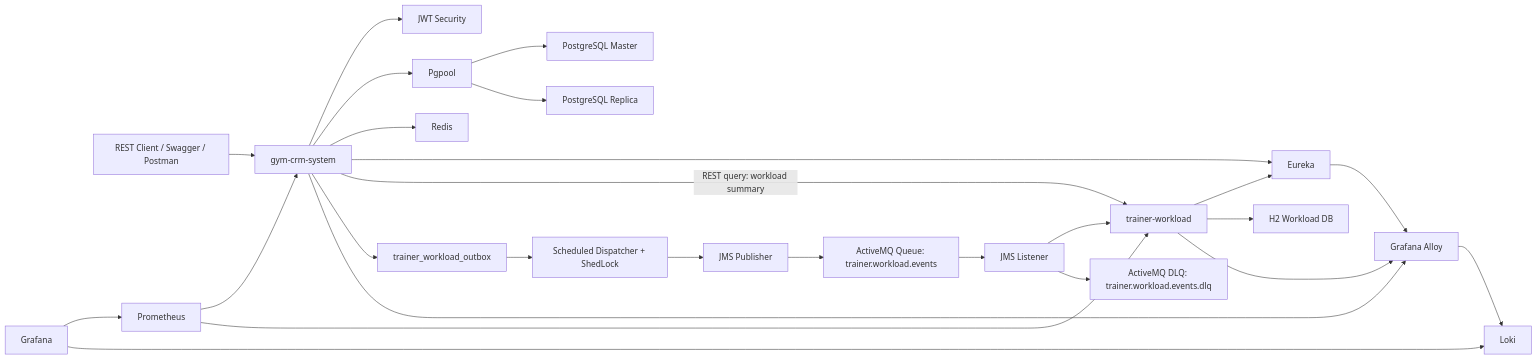
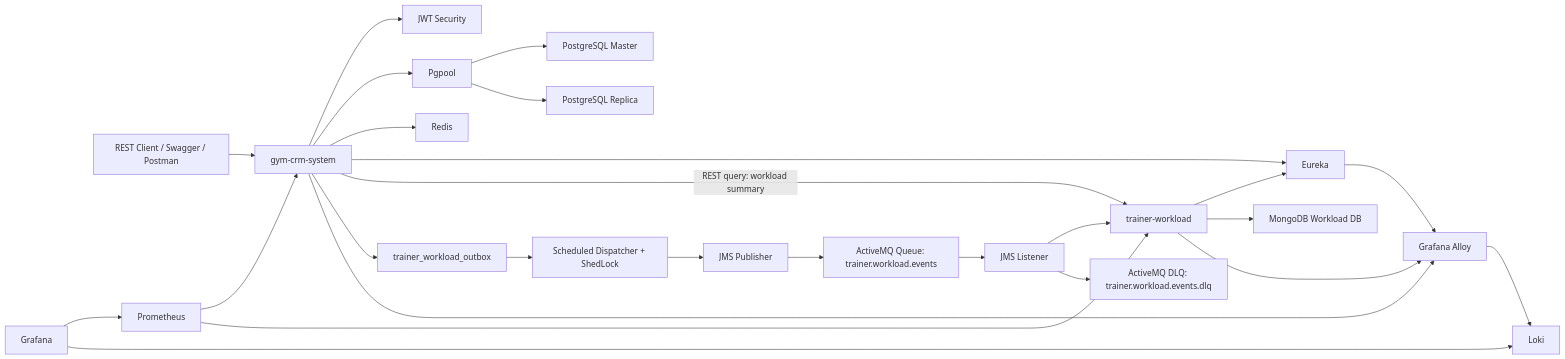
Before and after one commit to IgorProkhorchuk/gym_crm: the diagram in README.md, drawn with Mermaid. The commit also changed other lines of this file and 11 other files, not shown here.

Commit message:
Feat: Integrate MongoDB workload monitoring with Prometheus, Grafana, and Gym CRM docs

````diff
--- a/README.md
+++ b/README.md
@@ -25,28 +25,28 @@
 ```mermaid
 flowchart LR
     client["REST Client / Swagger / Postman"] --> gym["gym-crm-system"]
     gym --> security["JWT Security"]
     gym --> pgpool["Pgpool"]
     pgpool --> master["PostgreSQL Master"]
     pgpool --> replica["PostgreSQL Replica"]
     gym --> redis["Redis"]
     gym --> eureka["Eureka"]
     workload["trainer-workload"] --> eureka
     gym -->|"REST query: workload summary"| workload
     gym --> outbox["trainer_workload_outbox"]
     outbox --> dispatcher["Scheduled Dispatcher + ShedLock"]
     dispatcher --> publisher["JMS Publisher"]
     publisher --> mq["ActiveMQ Queue: trainer.workload.events"]
     mq --> listener["JMS Listener"]
     listener --> workload
     listener --> dlq["ActiveMQ DLQ: trainer.workload.events.dlq"]
-    workload --> h2["H2 Workload DB"]
+    workload --> mongo["MongoDB Workload DB"]
     prometheus["Prometheus"] --> gym
     prometheus --> workload
     alloy["Grafana Alloy"] --> loki["Loki"]
     gym --> alloy
     workload --> alloy
     eureka --> alloy
     grafana["Grafana"] --> prometheus
     grafana --> loki
 ```
````
